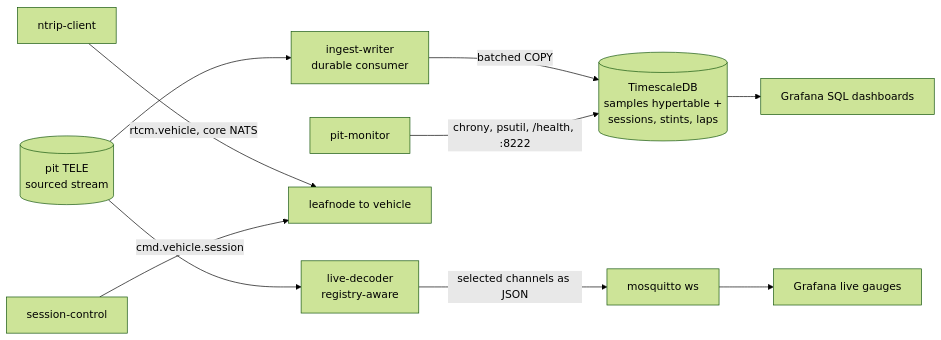
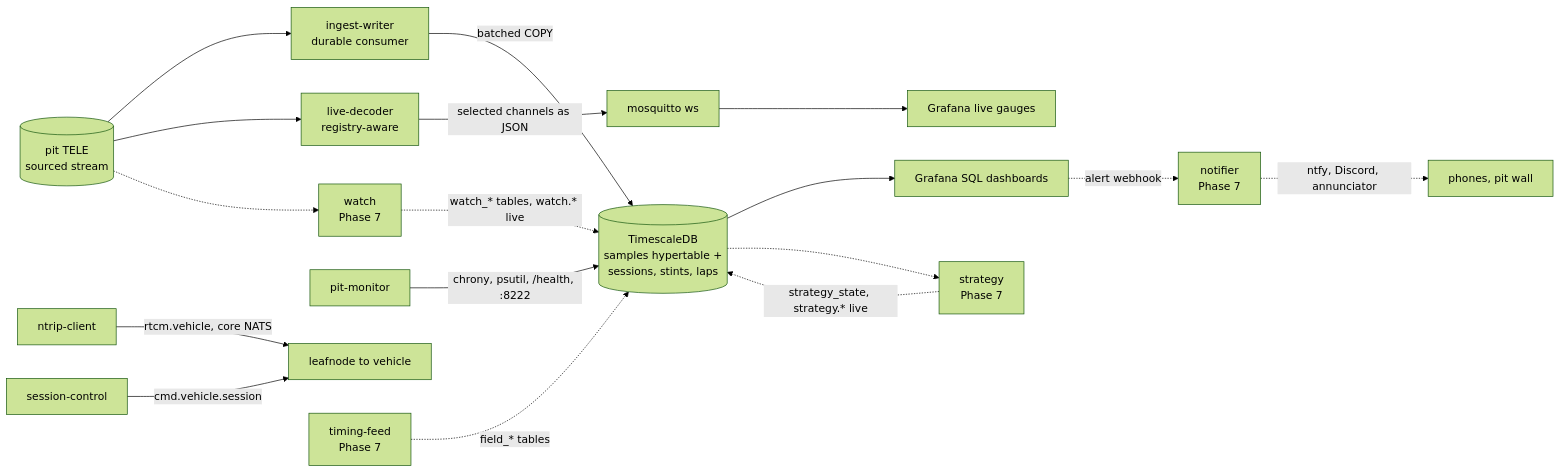
Before and after one commit to Robert-McMahon/openlaps: the third of 4 diagrams in docs/ARCHITECTURE.md, drawn with Mermaid (forest theme). The commit also changed other lines of this file and 4 other files, not shown here.

````diff
--- a/docs/ARCHITECTURE.md
+++ b/docs/ARCHITECTURE.md
@@ -115,11 +118,15 @@
 ```mermaid
 flowchart LR
   SRC[(pit TELE<br/>sourced stream)] --> W[ingest-writer<br/>durable consumer]
   W -- "batched COPY" --> DB[(TimescaleDB<br/>samples hypertable +<br/>sessions, stints, laps)]
   SRC --> L[live-decoder<br/>registry-aware]
   L -- "selected channels as JSON" --> M[mosquitto ws] --> G1[Grafana live gauges]
   DB --> G2[Grafana SQL dashboards]
   NC[ntrip-client] -- "rtcm.vehicle, core NATS" --> LEAF[leafnode to vehicle]
   S[session-control] -- "cmd.vehicle.session" --> LEAF
   PM[pit-monitor] -- "chrony, psutil, /health, :8222" --> DB
+  SRC -.-> WT[watch<br/>Phase 7] -. "watch_* tables, watch.* live" .-> DB
+  DB -.-> ST[strategy<br/>Phase 7] -. "strategy_state, strategy.* live" .-> DB
+  TF[timing-feed<br/>Phase 7] -. "field_* tables" .-> DB
+  G2 -. "alert webhook" .-> NF[notifier<br/>Phase 7] -. "ntfy, Discord, annunciator" .-> PH[phones, pit wall]
 ```
````
